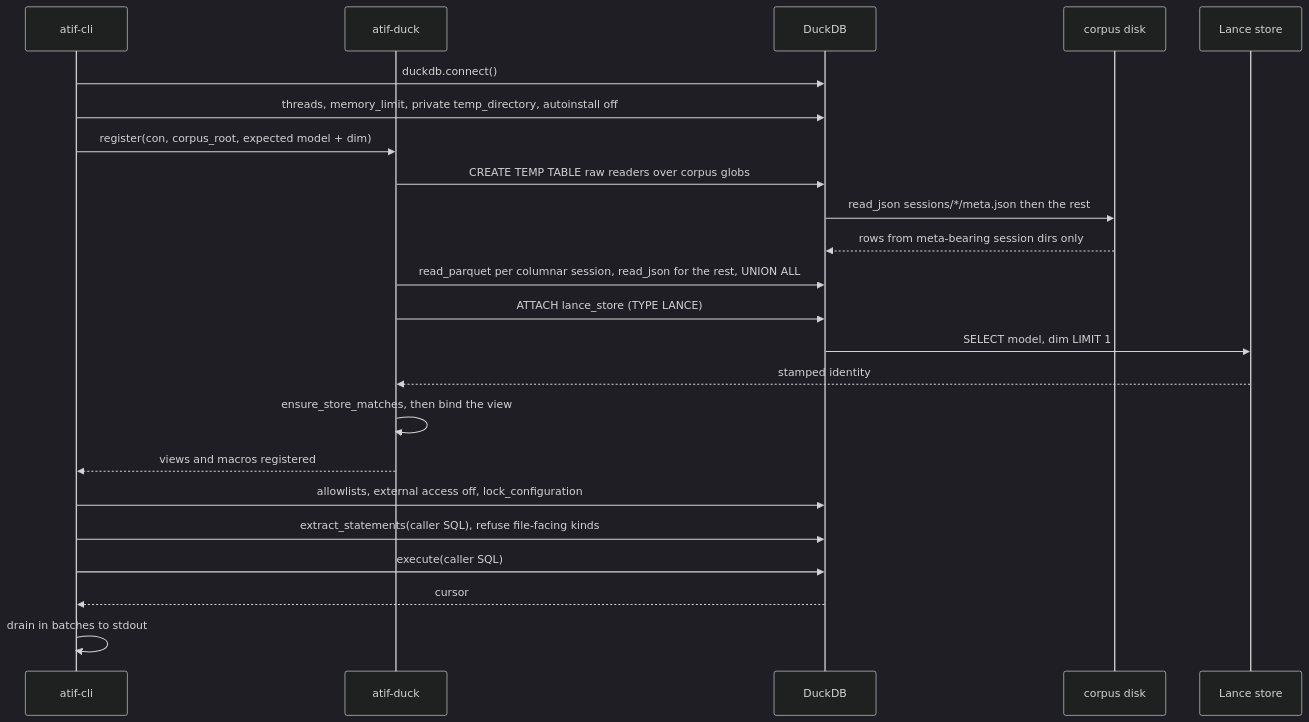
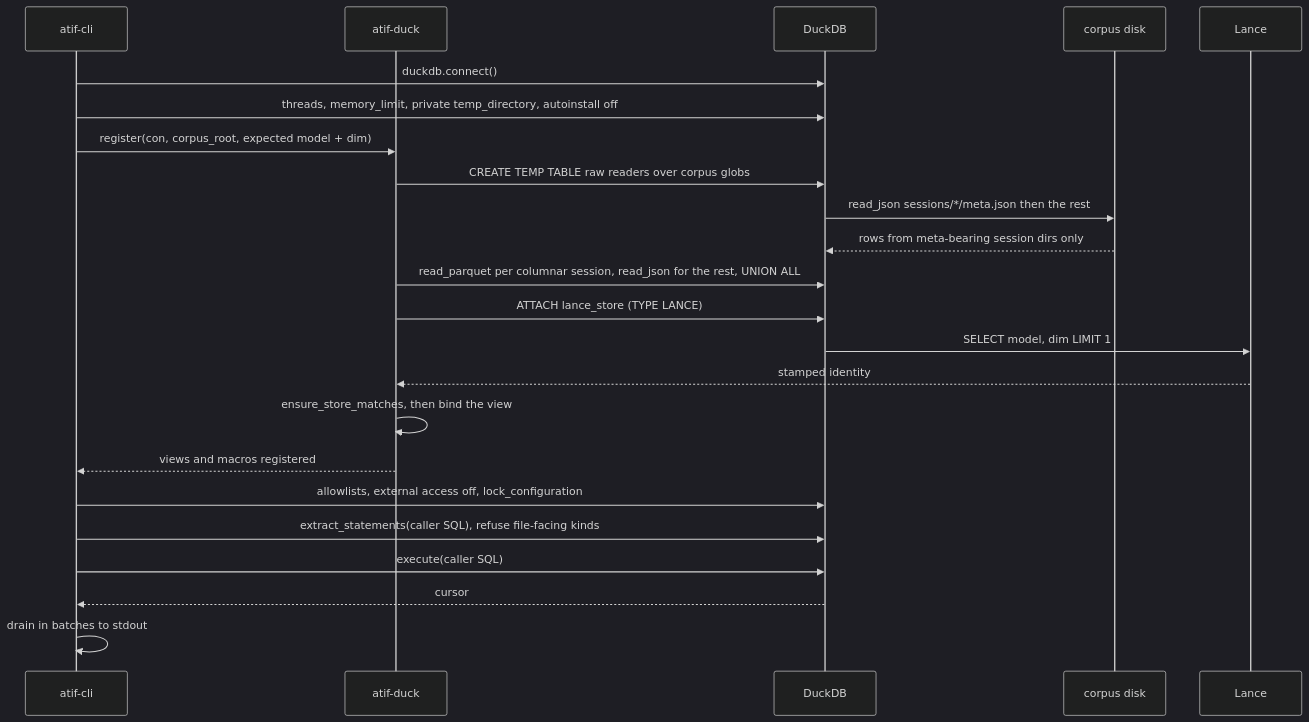
One commit to laithalsaadoon/atif-sql changed the second of 3 diagrams in docs/architecture/data-flow.md. Above: the diagram before and after it, drawn with Mermaid (dark theme). The commit also changed other lines of this file and 96 other files, not shown here.

````diff
--- a/docs/architecture/data-flow.md
+++ b/docs/architecture/data-flow.md
@@ -121,26 +121,25 @@
 ```mermaid
 sequenceDiagram
     participant CLI as atif-cli
     participant Duck as atif-duck
     participant DB as DuckDB
     participant Disk as corpus disk
-    participant Lance as Lance store
 
     CLI->>DB: duckdb.connect()
     CLI->>DB: threads, memory_limit, private temp_directory, autoinstall off
     CLI->>Duck: register(con, corpus_root, expected model + dim)
     Duck->>DB: CREATE TEMP TABLE raw readers over corpus globs
     DB->>Disk: read_json sessions/*/meta.json then the rest
     Disk-->>DB: rows from meta-bearing session dirs only
     Duck->>DB: read_parquet per columnar session, read_json for the rest, UNION ALL
     Duck->>DB: ATTACH lance_store (TYPE LANCE)
     DB->>Lance: SELECT model, dim LIMIT 1
     Lance-->>Duck: stamped identity
     Duck->>Duck: ensure_store_matches, then bind the view
     Duck-->>CLI: views and macros registered
     CLI->>DB: allowlists, external access off, lock_configuration
     CLI->>DB: extract_statements(caller SQL), refuse file-facing kinds
     CLI->>DB: execute(caller SQL)
     DB-->>CLI: cursor
     CLI->>CLI: drain in batches to stdout
 ```
````
